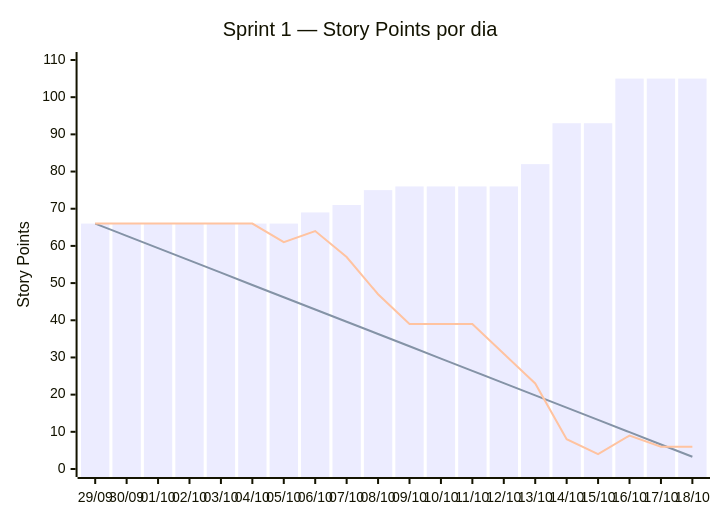
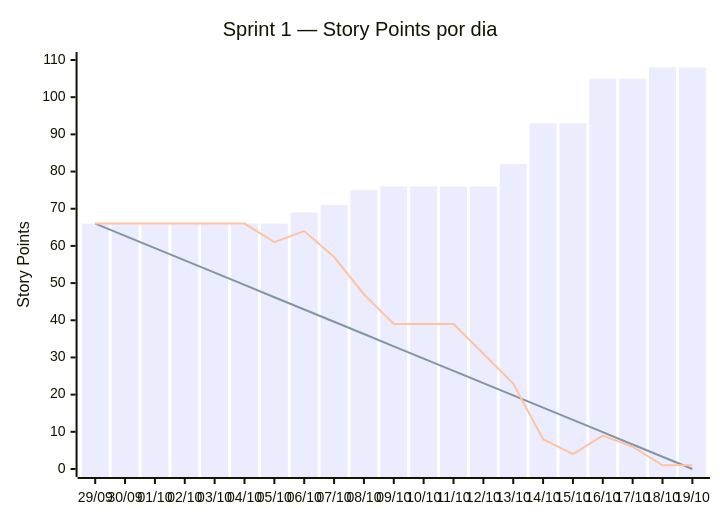
Before and after one commit to DEVassos/greener-app: the diagram in docs/sprints/sprint-1/burndown.md, drawn with Mermaid. The commit also changed other lines of this file and 1 other file, not shown here.

````diff
--- a/docs/sprints/sprint-1/burndown.md
+++ b/docs/sprints/sprint-1/burndown.md
@@ -5,9 +5,9 @@
 ```mermaid
 xychart-beta
     title "Sprint 1 — Story Points por dia"
-    x-axis ["29/09", "30/09", "01/10", "02/10", "03/10", "04/10", "05/10", "06/10", "07/10", "08/10", "09/10", "10/10", "11/10", "12/10", "13/10", "14/10", "15/10", "16/10", "17/10", "18/10"]
+    x-axis ["29/09", "30/09", "01/10", "02/10", "03/10", "04/10", "05/10", "06/10", "07/10", "08/10", "09/10", "10/10", "11/10", "12/10", "13/10", "14/10", "15/10", "16/10", "17/10", "18/10", "19/10"]
     y-axis "Story Points" 0 --> 110
-    bar [66, 66, 66, 66, 66, 66, 66, 69, 71, 75, 76, 76, 76, 76, 82, 93, 93, 105, 105, 105]
-    line [66, 62.7, 59.4, 56.1, 52.8, 49.5, 46.2, 42.9, 39.6, 36.3, 33, 29.7, 26.4, 23.1, 19.8, 16.5, 13.2, 9.9, 6.6, 3.3]
-    line [66, 66, 66, 66, 66, 66, 61, 64, 57, 47, 39, 39, 39, 31, 23, 8, 4, 9, 6, 6]
+    bar [66, 66, 66, 66, 66, 66, 66, 69, 71, 75, 76, 76, 76, 76, 82, 93, 93, 105, 105, 108, 108]
+    line [66, 62.7, 59.4, 56.1, 52.8, 49.5, 46.2, 42.9, 39.6, 36.3, 33, 29.7, 26.4, 23.1, 19.8, 16.5, 13.2, 9.9, 6.6, 3.3, 0]
+    line [66, 66, 66, 66, 66, 66, 61, 64, 57, 47, 39, 39, 39, 31, 23, 8, 4, 9, 6, 1, 1]
 ```
````
